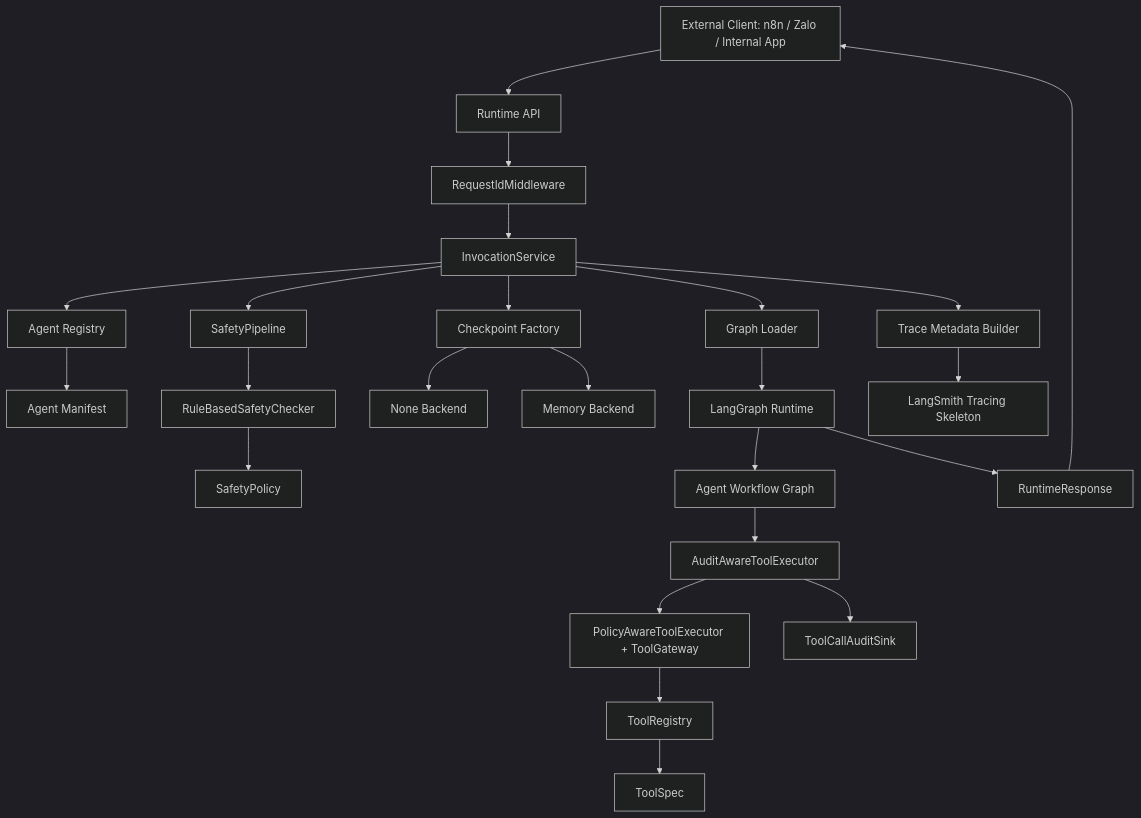
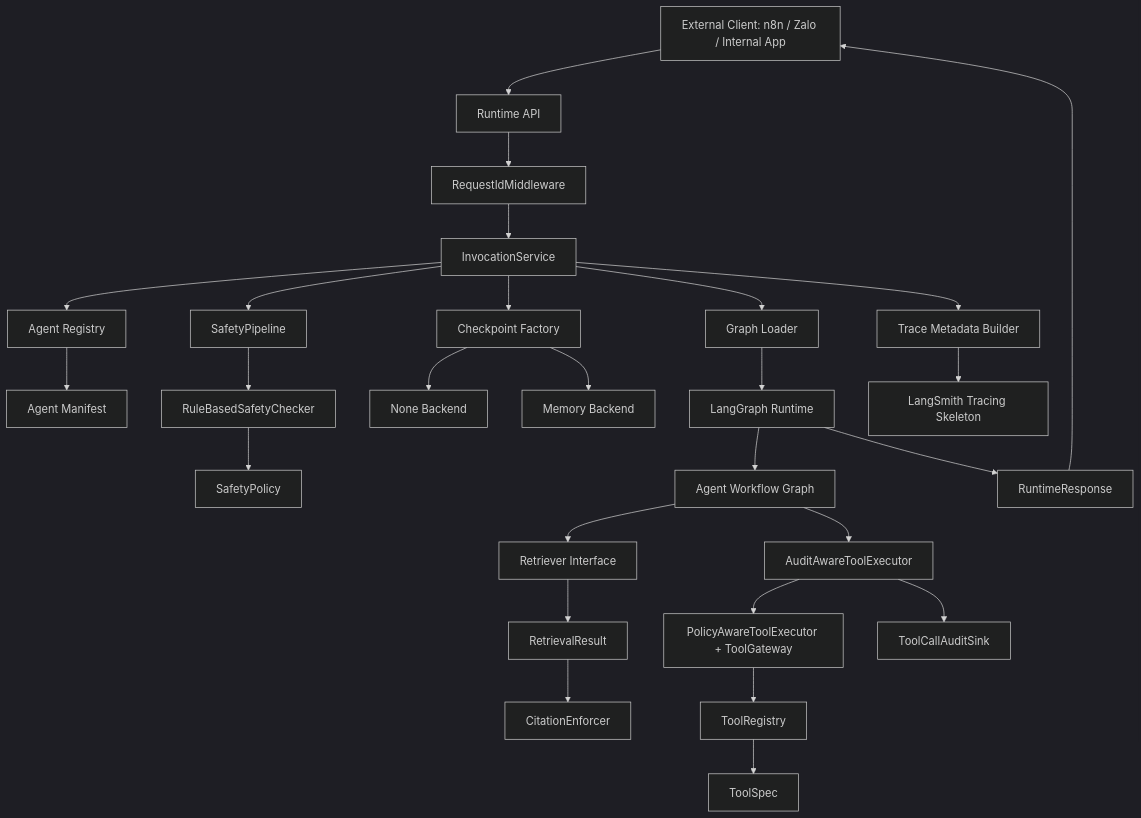
The first of 3 diagrams in docs/architecture/overview.md (Tenaity/ai-agent-platform), drawn with Mermaid (dark theme) before and after one commit. The commit also changed other lines of this file and 13 other files, not shown here.

````diff
--- a/docs/architecture/overview.md
+++ b/docs/architecture/overview.md
@@ -11,35 +12,38 @@
 ```mermaid
 flowchart TD
     Client["External Client: n8n / Zalo / Internal App"] --> API["Runtime API"]
 
     API --> Middleware["RequestIdMiddleware"]
     Middleware --> Invoke["InvocationService"]
 
     Invoke --> Registry["Agent Registry"]
     Registry --> Manifest["Agent Manifest"]
 
     Invoke --> GraphLoader["Graph Loader"]
     GraphLoader --> Runtime["LangGraph Runtime"]
 
     Invoke --> Checkpoint["Checkpoint Factory"]
     Checkpoint --> NoneBackend["None Backend"]
     Checkpoint --> MemoryBackend["Memory Backend"]
 
     Invoke --> Safety["SafetyPipeline"]
     Safety --> SafetyChecker["RuleBasedSafetyChecker"]
     SafetyChecker --> SafetyPolicy["SafetyPolicy"]
 
     Runtime --> AgentGraph["Agent Workflow Graph"]
+    AgentGraph --> Retriever["Retriever Interface"]
+    Retriever --> RetrievalResult["RetrievalResult"]
+    RetrievalResult --> CitationEnforcer["CitationEnforcer"]
 
     AgentGraph --> AuditWrapper["AuditAwareToolExecutor"]
     AuditWrapper --> ToolGateway["PolicyAwareToolExecutor + ToolGateway"]
     ToolGateway --> ToolRegistry["ToolRegistry"]
     ToolRegistry --> ToolSpec["ToolSpec"]
     AuditWrapper --> AuditSink["ToolCallAuditSink"]
 
     Invoke --> TraceMeta["Trace Metadata Builder"]
     TraceMeta --> LangSmith["LangSmith Tracing Skeleton"]
 
     Runtime --> Response["RuntimeResponse"]
     Response --> Client
 ```
````
